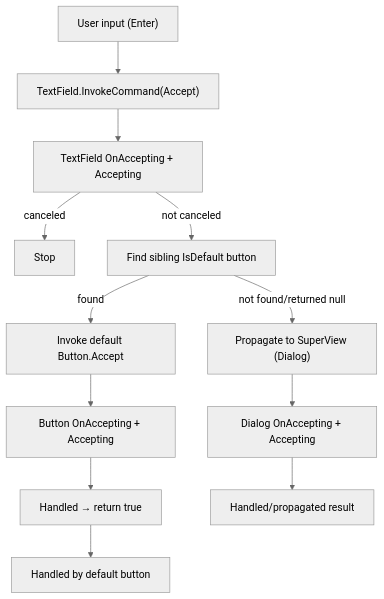
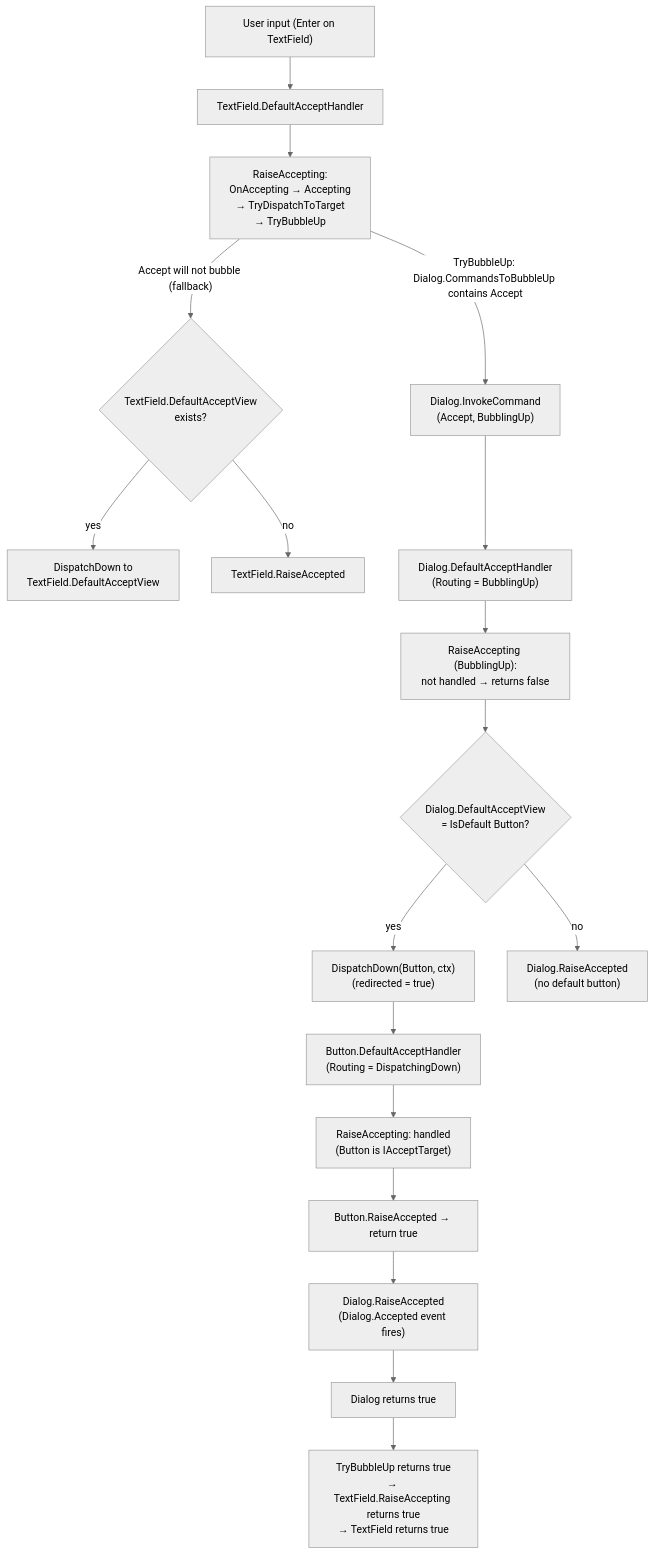
Before and after one commit to gui-cs/Terminal.Gui: the second of 3 diagrams in docfx/docs/command-diagrams.md, drawn with Mermaid (neutral theme). The commit also changed other lines of this file and 5 other files, not shown here.

Commit message:
Updated command-diagrams

````diff
--- a/docfx/docs/command-diagrams.md
+++ b/docfx/docs/command-diagrams.md
@@ -32,16 +53,25 @@
 ```mermaid
 flowchart TD
-    input2["User input (Enter)"] --> tf_accept["TextField.InvokeCommand(Accept)"]
-    tf_accept --> tf_pre["TextField OnAccepting + Accepting"]
-    tf_pre --> |canceled| tf_stop["Stop"]
-    tf_pre --> |not canceled| tf_default_check["Find sibling IsDefault button"]
+    input2["User input (Enter on TextField)"] --> tf["TextField.DefaultAcceptHandler"]
+    tf --> tf_raise["RaiseAccepting:<br/> OnAccepting → Accepting<br/> → TryDispatchToTarget<br/> → TryBubbleUp"]
 
-    tf_default_check --> |found| call_default["Invoke default Button.Accept"]
-    call_default --> btn_pre["Button OnAccepting + Accepting"]
-    btn_pre --> btn_done["Handled → return true"]
-    btn_done --> tf_result1["Handled by default button"]
+    tf_raise --> |"TryBubbleUp: Dialog.CommandsToBubbleUp contains Accept"| dlg_invoke["Dialog.InvokeCommand<br/>(Accept, BubblingUp)"]
 
-    tf_default_check --> |not found/returned null| call_super["Propagate to SuperView (Dialog)"]
-    call_super --> dlg_pre["Dialog OnAccepting + Accepting"]
-    dlg_pre --> dlg_done["Handled/propagated result"]
+    tf_raise --> |"Accept will not bubble (fallback)"| tf_def{"TextField.DefaultAcceptView<br/>exists?"}
+    tf_def --> |yes| tf_dd["DispatchDown to<br/>TextField.DefaultAcceptView"]
+    tf_def --> |no| tf_accepted["TextField.RaiseAccepted"]
+
+    dlg_invoke --> dlg_handler["Dialog.DefaultAcceptHandler<br/>(Routing = BubblingUp)"]
+    dlg_handler --> dlg_raise["RaiseAccepting (BubblingUp):<br/>not handled → returns false"]
+    dlg_raise --> dlg_def{"Dialog.DefaultAcceptView<br/>= IsDefault Button?"}
+
+    dlg_def --> |yes| dlg_dd["DispatchDown(Button, ctx)<br/>(redirected = true)"]
+    dlg_dd --> btn["Button.DefaultAcceptHandler<br/>(Routing = DispatchingDown)"]
+    btn --> btn_raise["RaiseAccepting: handled<br/>(Button is IAcceptTarget)"]
+    btn_raise --> btn_accepted["Button.RaiseAccepted → return true"]
+    btn_accepted --> dlg_accepted["Dialog.RaiseAccepted<br/>(Dialog.Accepted event fires)"]
+    dlg_accepted --> dlg_return["Dialog returns true"]
+    dlg_return --> tf_return["TryBubbleUp returns true<br/>→ TextField.RaiseAccepting returns true<br/>→ TextField returns true"]
+
+    dlg_def --> |no| dlg_no_btn["Dialog.RaiseAccepted<br/>(no default button)"]
 ```
````
